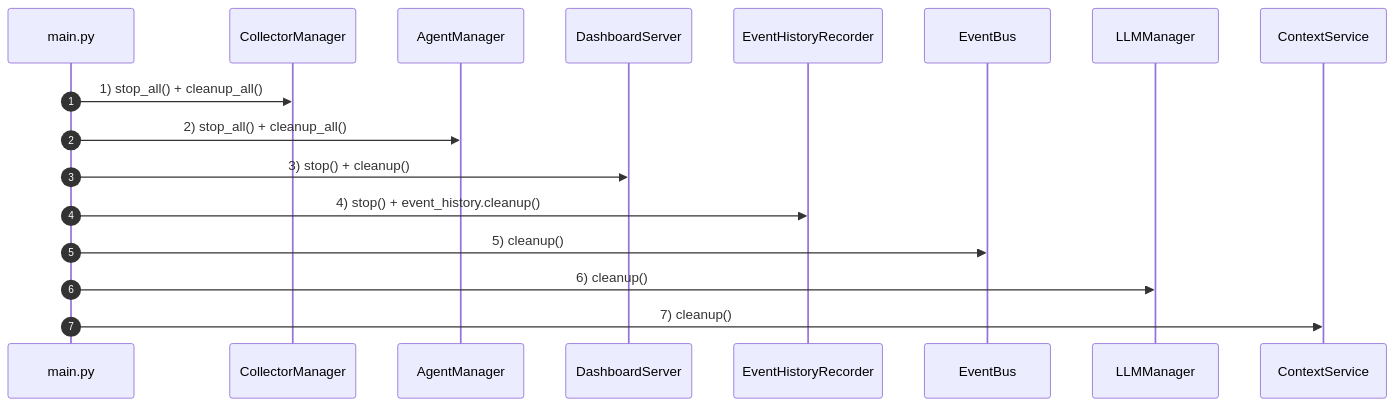
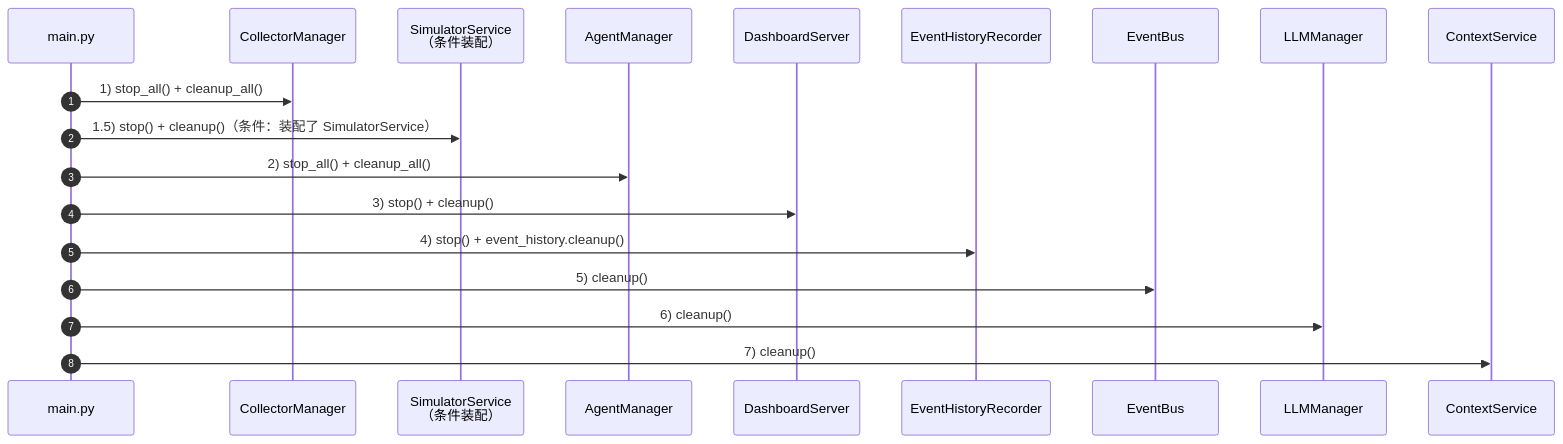
Before and after one commit to Mai-with-u/Amaidesu: the third of 3 diagrams in docs/architecture/overview.md, drawn with Mermaid. The commit also changed other lines of this file and 15 other files, not shown here.

````diff
--- a/docs/architecture/overview.md
+++ b/docs/architecture/overview.md
@@ -168,20 +170,22 @@
 ```mermaid
 sequenceDiagram
     autonumber
     participant Main as main.py
     participant Col as CollectorManager
+    participant Sim as SimulatorService<br/>（条件装配）
     participant Agt as AgentManager
     participant Dash as DashboardServer
     participant Rec as EventHistoryRecorder
     participant Bus as EventBus
     participant LLM as LLMManager
     participant Ctx as ContextService
 
     Main->>Col: 1) stop_all() + cleanup_all()
+    Main->>Sim: 1.5) stop() + cleanup()（条件：装配了 SimulatorService）
     Main->>Agt: 2) stop_all() + cleanup_all()
     Main->>Dash: 3) stop() + cleanup()
     Main->>Rec: 4) stop() + event_history.cleanup()
     Main->>Bus: 5) cleanup()
     Main->>LLM: 6) cleanup()
     Main->>Ctx: 7) cleanup()
 ```
````
